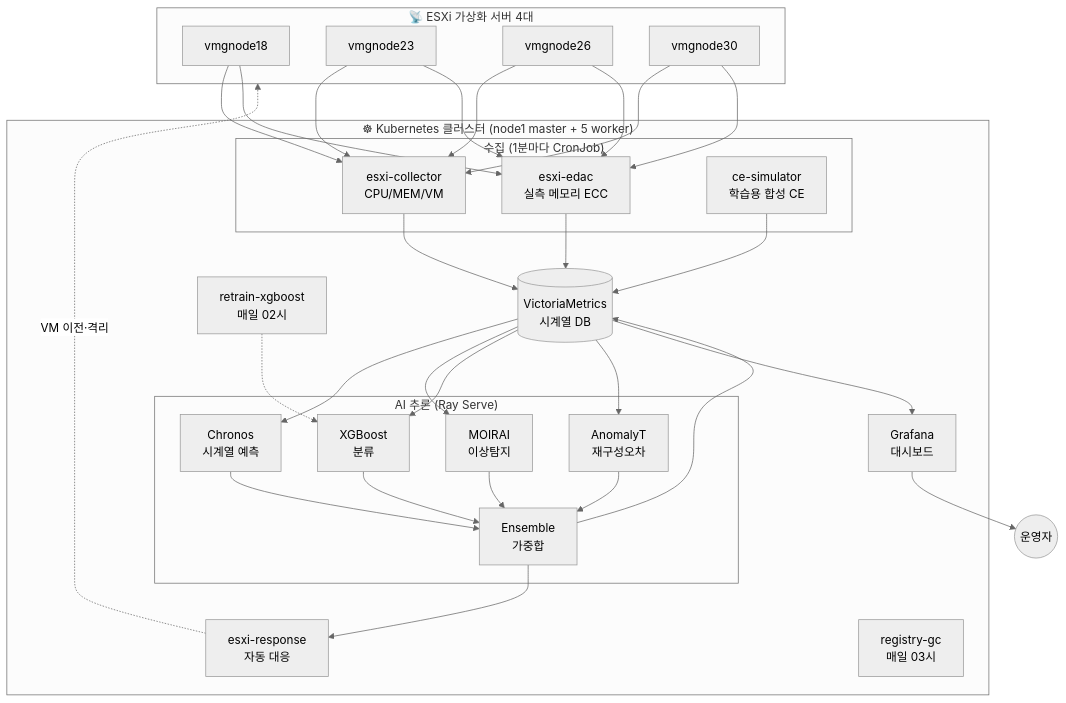
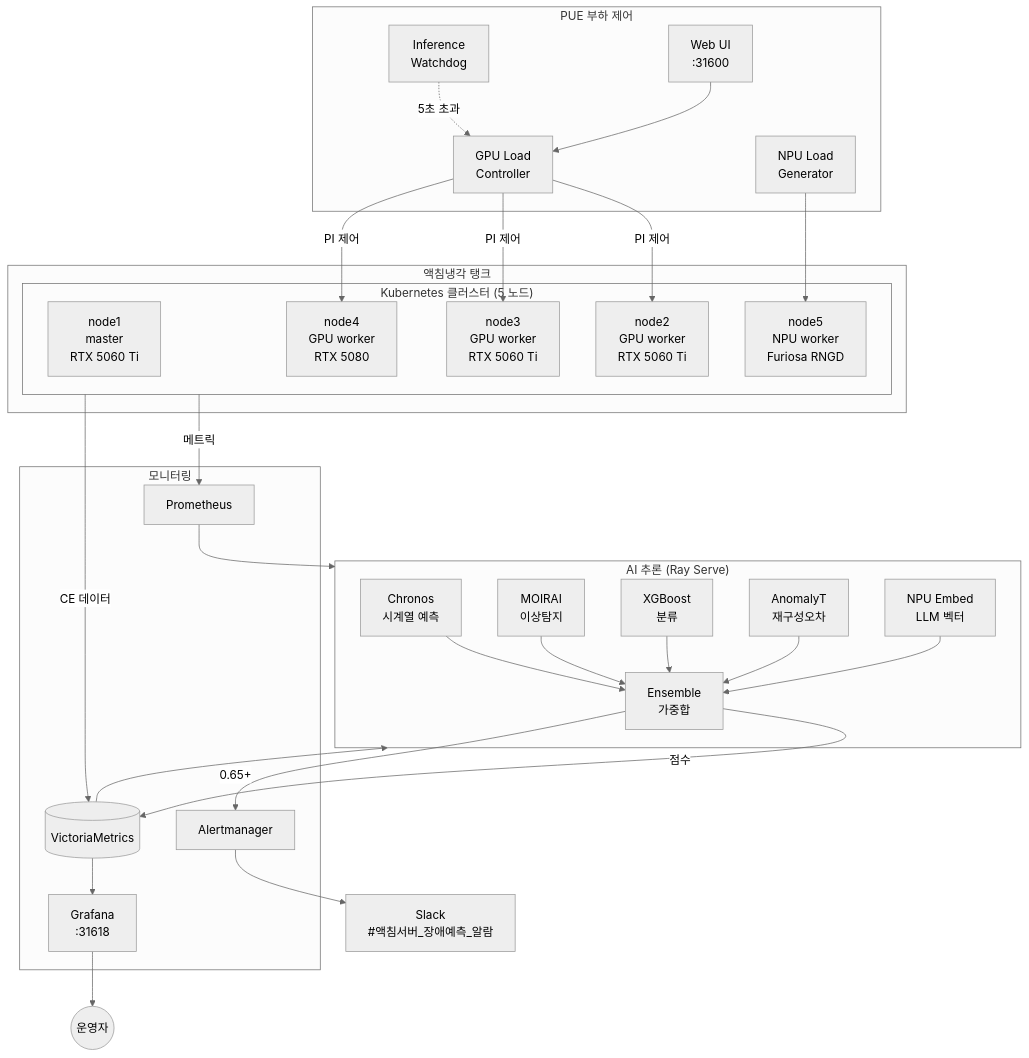
The diagram in README.md (ByoungjunSeo/failure-prediction_Immersion), drawn with Mermaid (neutral theme) before and after one commit. The commit also changed other lines of this file and 9 other files, not shown here.

````diff
--- a/README.md
+++ b/README.md
@@ -28,45 +28,53 @@
 ```mermaid
 flowchart TB
-    subgraph ESXI["📡 ESXi 가상화 서버 4대"]
-        E1[vmgnode18]
-        E2[vmgnode23]
-        E3[vmgnode26]
-        E4[vmgnode30]
+    subgraph TANK["액침냉각 탱크"]
+        subgraph K8S["Kubernetes 클러스터 (5 노드)"]
+            N1["node1<br/>master<br/>RTX 5060 Ti"]
+            N2["node2<br/>GPU worker<br/>RTX 5060 Ti"]
+            N3["node3<br/>GPU worker<br/>RTX 5060 Ti"]
+            N4["node4<br/>GPU worker<br/>RTX 5080"]
+            N5["node5<br/>NPU worker<br/>Furiosa RNGD"]
+        end
     end
 
-    subgraph K8S["☸ Kubernetes 클러스터 (node1 master + 5 worker)"]
-        subgraph COLLECT["수집 (1분마다 CronJob)"]
-            C1[esxi-collector<br/>CPU/MEM/VM]
-            C2[esxi-edac<br/>실측 메모리 ECC]
-            C3[ce-simulator<br/>학습용 합성 CE]
-        end
+    subgraph SERVE["AI 추론 (Ray Serve)"]
+        M1["Chronos<br/>시계열 예측"]
+        M2["MOIRAI<br/>이상탐지"]
+        M3["XGBoost<br/>분류"]
+        M4["AnomalyT<br/>재구성오차"]
+        M5["NPU Embed<br/>LLM 벡터"]
+        ENS["Ensemble<br/>가중합"]
+    end
 
-        VM[("VictoriaMetrics<br/>시계열 DB")]
+    subgraph PUE["PUE 부하 제어"]
+        GPU_LOAD["GPU Load<br/>Controller"]
+        NPU_LOAD["NPU Load<br/>Generator"]
+        WD["Inference<br/>Watchdog"]
+        WEB["Web UI<br/>:31600"]
+    end
 
-        subgraph SERVE["AI 추론 (Ray Serve)"]
-            M1[Chronos<br/>시계열 예측]
-            M2[MOIRAI<br/>이상탐지]
-            M3[XGBoost<br/>분류]
-            M4[AnomalyT<br/>재구성오차]
-            ENS[Ensemble<br/>가중합]
-        end
-
-        GRA[Grafana<br/>대시보드]
-        RESP[esxi-response<br/>자동 대응]
-        RETRAIN[retrain-xgboost<br/>매일 02시]
-        GC[registry-gc<br/>매일 03시]
+    subgraph MON["모니터링"]
+        PROM["Prometheus"]
+        VM[("VictoriaMetrics")]
+        GRA["Grafana<br/>:31618"]
+        ALERT["Alertmanager"]
     end
 
     USER((운영자))
+    SLACK["Slack<br/>#액침서버_장애예측_알람"]
 
-    E1 & E2 & E3 & E4 --> C1 & C2
-    C1 & C2 & C3 --> VM
-    VM --> M1 & M2 & M3 & M4
-    M1 & M2 & M3 & M4 --> ENS
-    ENS --> RESP
-    ENS --> VM
+    K8S -->|메트릭| PROM
+    K8S -->|CE 데이터| VM
+    PROM --> SERVE
+    VM --> SERVE
+    M1 & M2 & M3 & M4 & M5 --> ENS
+    ENS -->|점수| VM
     VM --> GRA
     GRA --> USER
-    RESP -.->|"VM 이전·격리"| ESXI
-    RETRAIN -.-> M3
+    ENS -->|0.65+| ALERT
+    ALERT --> SLACK
+    GPU_LOAD -->|PI 제어| N2 & N3 & N4
+    NPU_LOAD --> N5
+    WD -.->|5초 초과| GPU_LOAD
+    WEB --> GPU_LOAD
 ```
````
